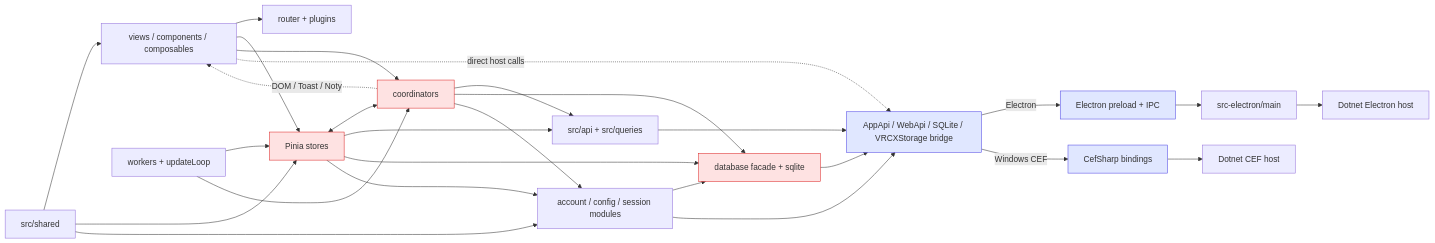
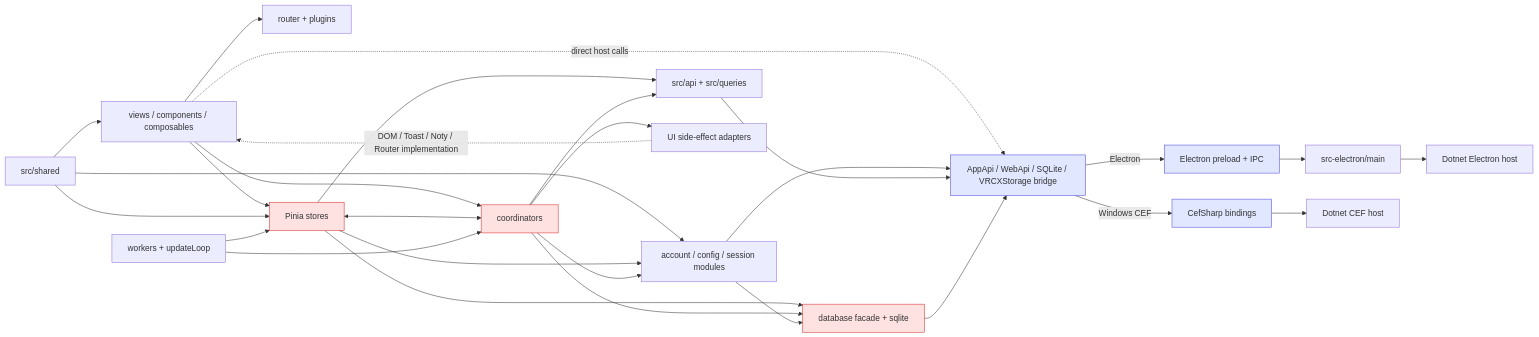
The diagram in docs/ARCHITECTURE_DIAGNOSIS.md (yixijun/VRCX-Luo), drawn with Mermaid before and after one commit. The commit also changed other lines of this file and 1 other file, not shown here.

````diff
--- a/docs/ARCHITECTURE_DIAGNOSIS.md
+++ b/docs/ARCHITECTURE_DIAGNOSIS.md
@@ -120,59 +121,60 @@
 ```mermaid
 flowchart LR
     UI["views / components / composables"]
     Router["router + plugins"]
     Stores["Pinia stores"]
     Coords["coordinators"]
     Api["src/api + src/queries"]
     Services["account / config / session modules"]
     Db["database facade + sqlite"]
     Shared["src/shared"]
     Workers["workers + updateLoop"]
     Bridge["AppApi / WebApi / SQLite / VRCXStorage bridge"]
 
     ElectronPreload["Electron preload + IPC"]
     ElectronMain["src-electron/main"]
     DotnetElectron["Dotnet Electron host"]
 
     CefBindings["CefSharp bindings"]
     DotnetCef["Dotnet CEF host"]
 
     UI --> Router
     UI --> Stores
     UI --> Coords
     UI -. direct host calls .-> Bridge
 
     Shared --> UI
     Shared --> Stores
     Shared --> Services
 
     Stores <--> Coords
     Stores --> Api
     Stores --> Db
     Stores --> Services
 
     Coords --> Api
     Coords --> Db
     Coords --> Services
-    Coords -. DOM / Toast / Noty .-> UI
+    Coords --> UiAdapters["UI side-effect adapters"]
+    UiAdapters -. DOM / Toast / Noty / Router implementation .-> UI
 
     Services --> Db
     Services --> Bridge
     Workers --> Stores
     Workers --> Coords
 
     Api --> Bridge
     Db --> Bridge
 
     Bridge -->|Electron| ElectronPreload
     ElectronPreload --> ElectronMain
     ElectronMain --> DotnetElectron
 
     Bridge -->|Windows CEF| CefBindings
     CefBindings --> DotnetCef
 
     classDef risk fill:#fee2e2,stroke:#dc2626;
     classDef bridge fill:#e0e7ff,stroke:#4f46e5;
     class Stores,Coords,Db risk;
     class Bridge,ElectronPreload,CefBindings bridge;
 ```
````
